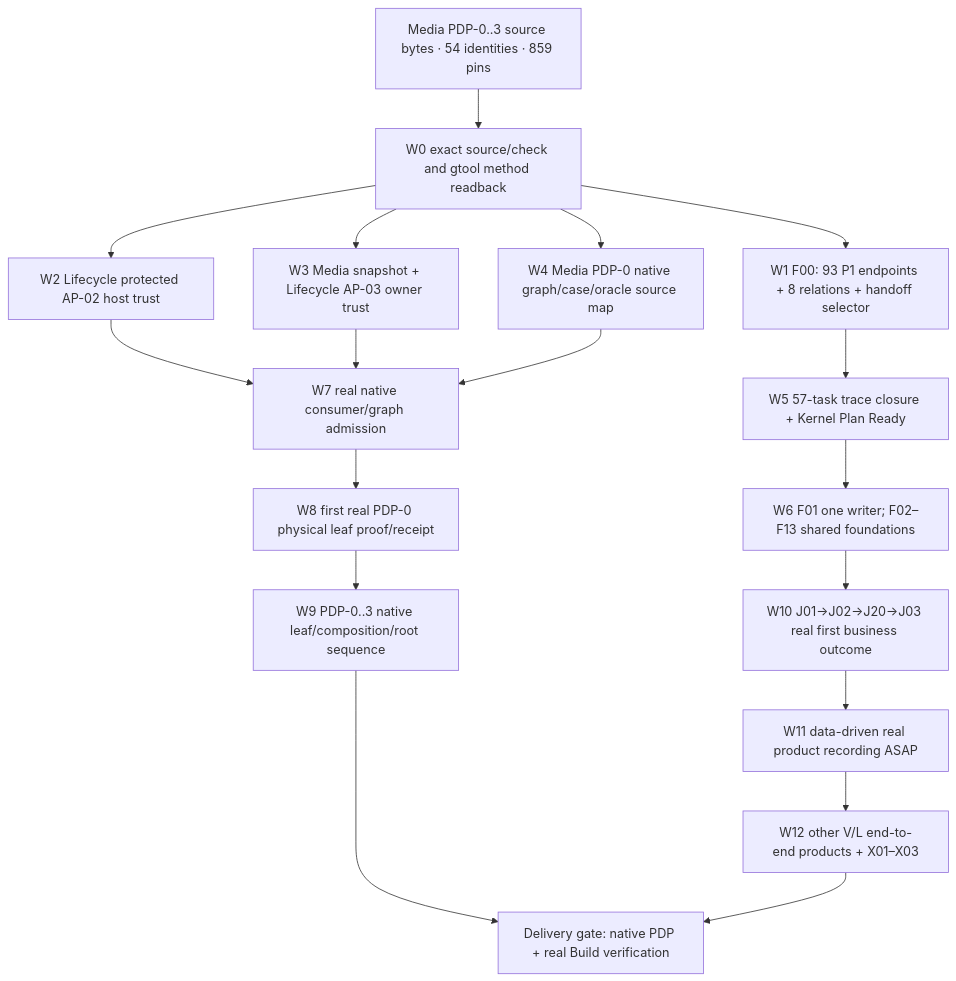
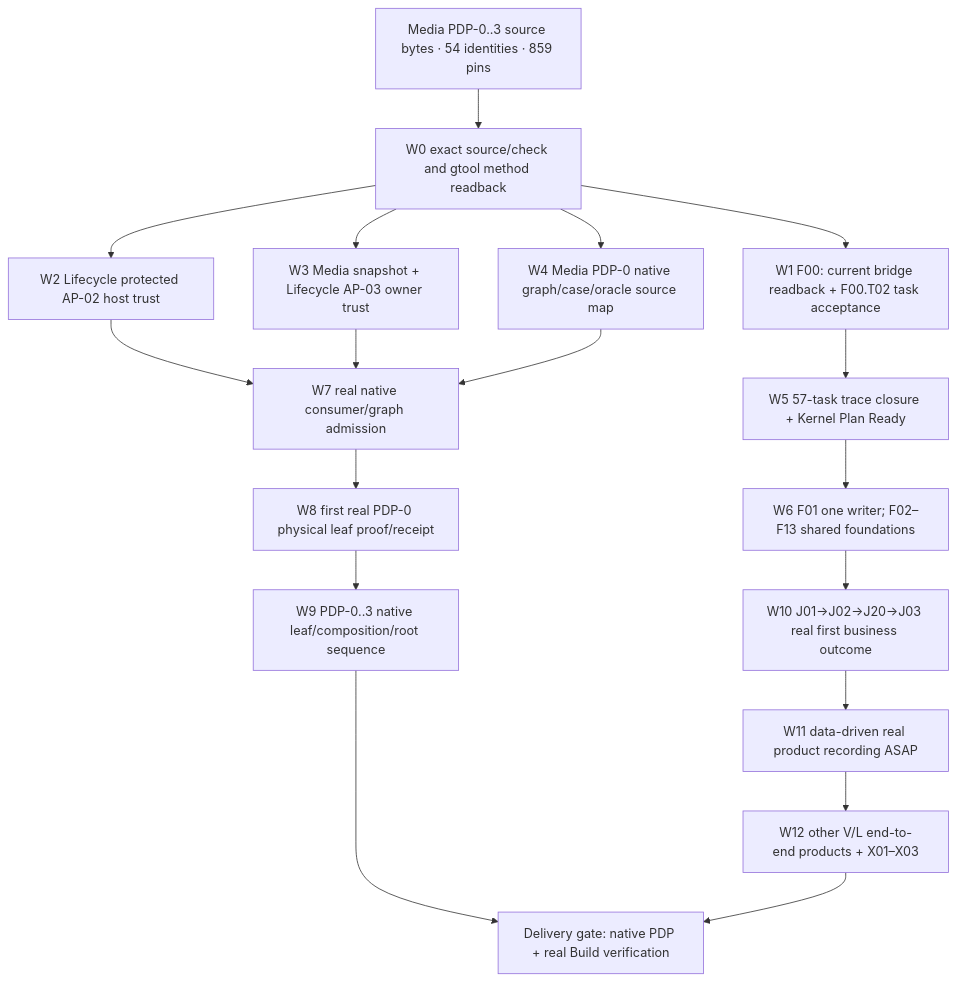
Before and after one commit to samujjwal/ghatana-media: the diagram in docs/implementation/MEDIA-PDP0-3-GTOOL-OWNER-APPROVED-EXECUTION.md, drawn with Mermaid. The commit also changed other lines of this file and 131 other files, not shown here.

````diff
--- a/docs/implementation/MEDIA-PDP0-3-GTOOL-OWNER-APPROVED-EXECUTION.md
+++ b/docs/implementation/MEDIA-PDP0-3-GTOOL-OWNER-APPROVED-EXECUTION.md
@@ -122,20 +122,20 @@
 ```mermaid
 flowchart TD
   Source["Media PDP-0..3 source bytes · 54 identities · 859 pins"] --> W0["W0 exact source/check and gtool method readback"]
-  W0 --> BR["W1 F00: 93 P1 endpoints + 8 relations + handoff selector"]
+  W0 --> BR["W1 F00: current bridge readback + F00.T02 task acceptance"]
   W0 --> AP2["W2 Lifecycle protected AP-02 host trust"]
   W0 --> AP3["W3 Media snapshot + Lifecycle AP-03 owner trust"]
   W0 --> MAP["W4 Media PDP-0 native graph/case/oracle source map"]
   BR --> PLAN["W5 57-task trace closure + Kernel Plan Ready"]
   PLAN --> BUILD["W6 F01 one writer; F02–F13 shared foundations"]
   AP2 --> ADMIT["W7 real native consumer/graph admission"]
   AP3 --> ADMIT
   MAP --> ADMIT
   ADMIT --> LEAF["W8 first real PDP-0 physical leaf proof/receipt"]
   LEAF --> PDP["W9 PDP-0..3 native leaf/composition/root sequence"]
   BUILD --> V["W10 J01→J02→J20→J03 real first business outcome"]
   V --> FILM["W11 data-driven real product recording ASAP"]
   FILM --> REST["W12 other V/L end-to-end products + X01–X03"]
   PDP --> DEL["Delivery gate: native PDP + real Build verification"]
   REST --> DEL
 ```
````
